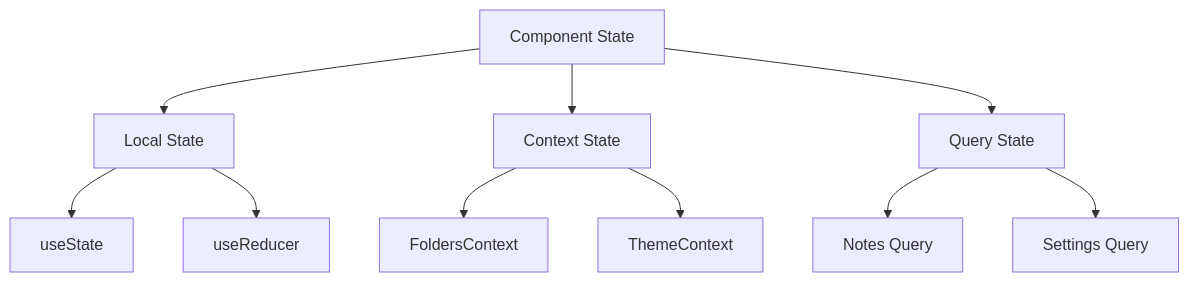
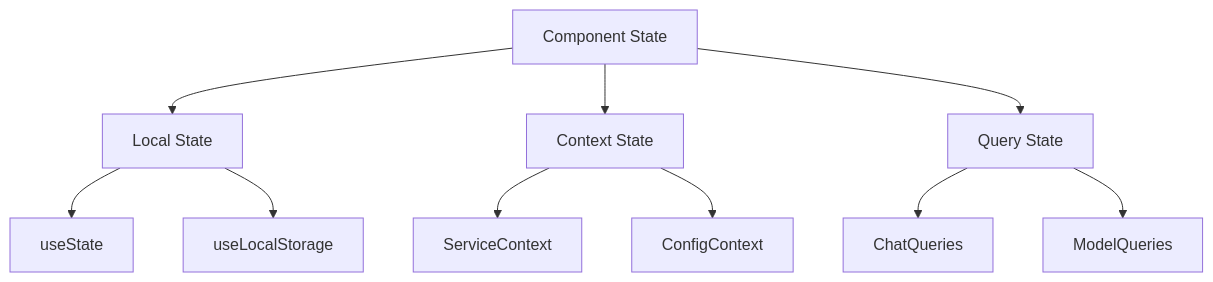
The ninth of 11 diagrams in docs/components.md (SimoKiihamaki/cognicore), drawn with Mermaid before and after one commit. The commit also changed other lines of this file and 129 other files, not shown here.

````diff
--- a/docs/components.md
+++ b/docs/components.md
@@ -149,15 +201,15 @@
 ```mermaid
 graph TD
     A[Component State] --> B[Local State]
     A --> C[Context State]
     A --> D[Query State]
     
     B --> E[useState]
-    B --> F[useReducer]
+    B --> F[useLocalStorage]
     
-    C --> G[FoldersContext]
-    C --> H[ThemeContext]
+    C --> G[ServiceContext]
+    C --> H[ConfigContext]
     
-    D --> I[Notes Query]
-    D --> J[Settings Query]
+    D --> I[ChatQueries]
+    D --> J[ModelQueries]
 ```
````
